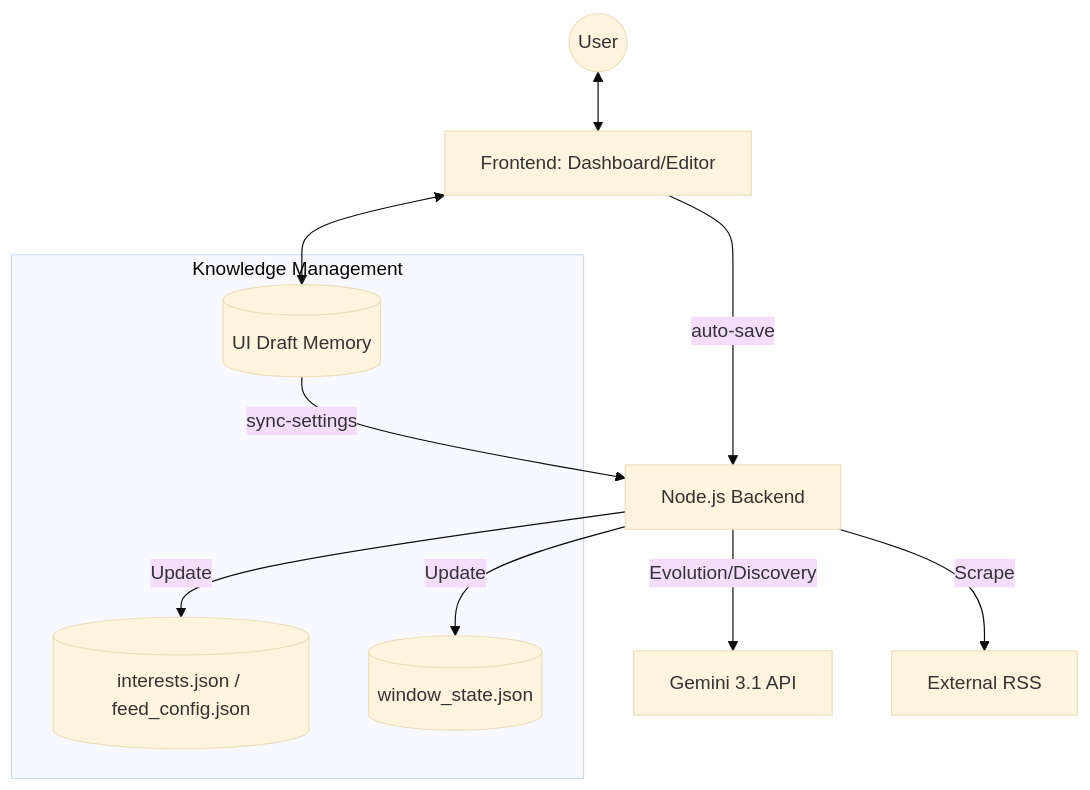
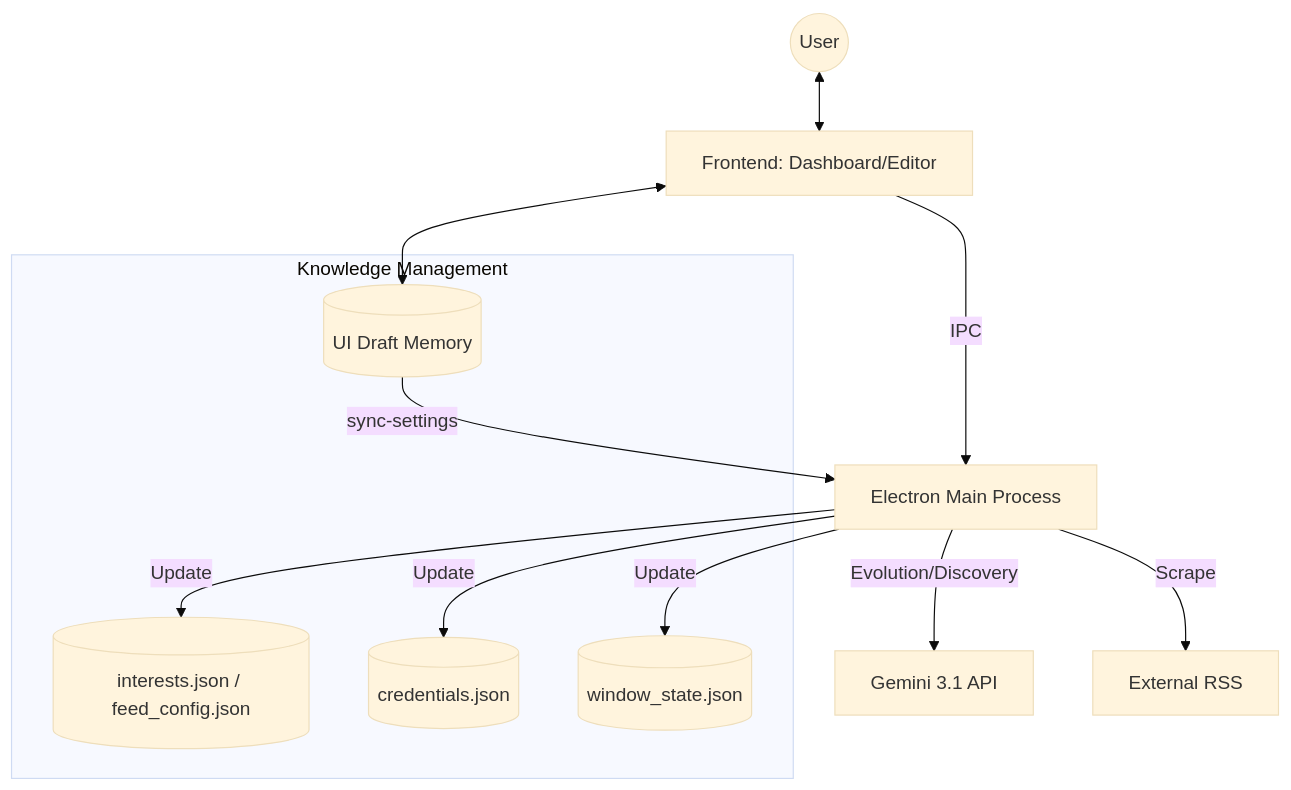
One commit to charge0315/aegis-ai-hub changed the diagram in docs/CODEMAPS/INDEX.md. Above: the diagram before and after it, drawn with Mermaid (base theme). The commit also changed other lines of this file and 44 other files, not shown here.

````diff
--- a/docs/CODEMAPS/INDEX.md
+++ b/docs/CODEMAPS/INDEX.md
@@ -19,22 +26,24 @@
 ```mermaid
 graph TD
     User((User))
     UI[Frontend: Dashboard/Editor]
-    Server[Node.js Backend]
+    Main[Electron Main Process]
     
     subgraph "Knowledge Management"
         Draft[(UI Draft Memory)]
         Config[(interests.json / feed_config.json)]
+        Creds[(credentials.json)]
         WinState[(window_state.json)]
     end
 
     User <--> UI
+    UI -- IPC --> Main
     UI <--> Draft
-    Draft -- sync-settings --> Server
-    UI -- auto-save --> Server
-    Server -- Update --> Config
-    Server -- Update --> WinState
+    Draft -- sync-settings --> Main
+    Main -- Update --> Config
+    Main -- Update --> Creds
+    Main -- Update --> WinState
     
-    Server -- Evolution/Discovery --> GeminiAPI[Gemini 3.1 API]
-    Server -- Scrape --> Feeds[External RSS]
+    Main -- Evolution/Discovery --> GeminiAPI[Gemini 3.1 API]
+    Main -- Scrape --> Feeds[External RSS]
 ```
````
